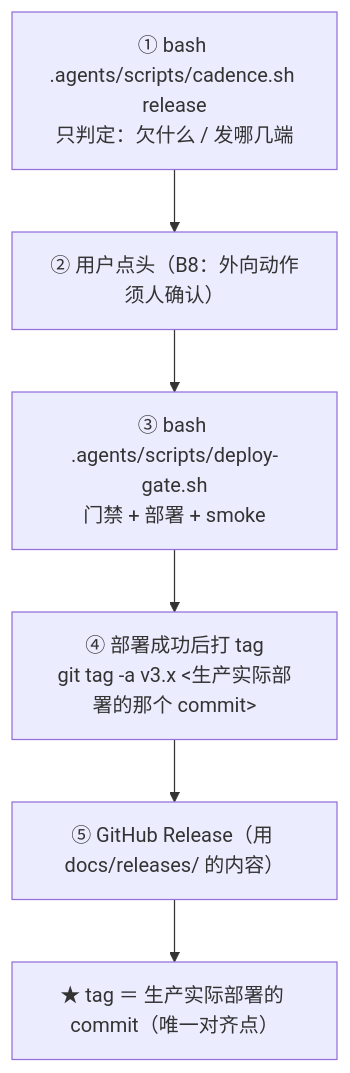
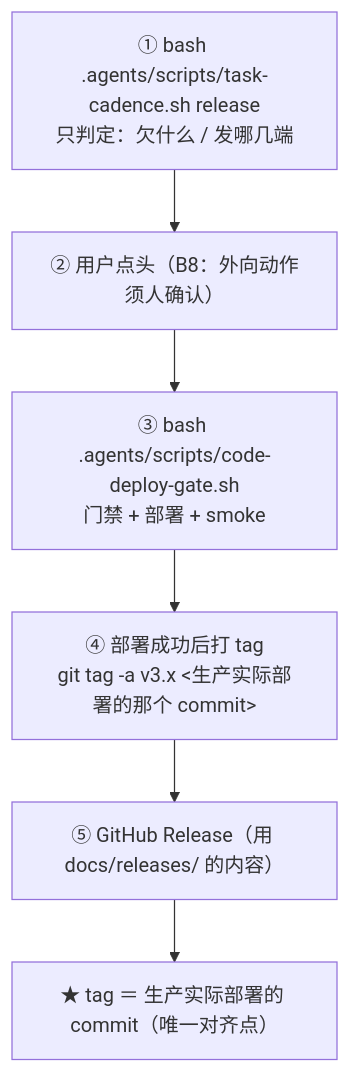
The sixth of 9 diagrams in docs/architecture/ai-context-engineering.md (adaios/adaios), drawn with Mermaid before and after one commit. The commit also changed other lines of this file and 90 other files, not shown here.

````diff
--- a/docs/architecture/ai-context-engineering.md
+++ b/docs/architecture/ai-context-engineering.md
@@ -214,8 +214,8 @@
 ```mermaid
 flowchart TD
-    A["① bash .agents/scripts/cadence.sh release<br/>只判定：欠什么 / 发哪几端"] --> B["② 用户点头（B8：外向动作须人确认）"]
-    B --> C["③ bash .agents/scripts/deploy-gate.sh<br/>门禁 + 部署 + smoke"]
+    A["① bash .agents/scripts/task-cadence.sh release<br/>只判定：欠什么 / 发哪几端"] --> B["② 用户点头（B8：外向动作须人确认）"]
+    B --> C["③ bash .agents/scripts/code-deploy-gate.sh<br/>门禁 + 部署 + smoke"]
     C --> D["④ 部署成功后打 tag<br/>git tag -a v3.x &lt;生产实际部署的那个 commit&gt;"]
     D --> E["⑤ GitHub Release（用 docs/releases/ 的内容）"]
     E --> F["★ tag ＝ 生产实际部署的 commit（唯一对齐点）"]
 ```
````
